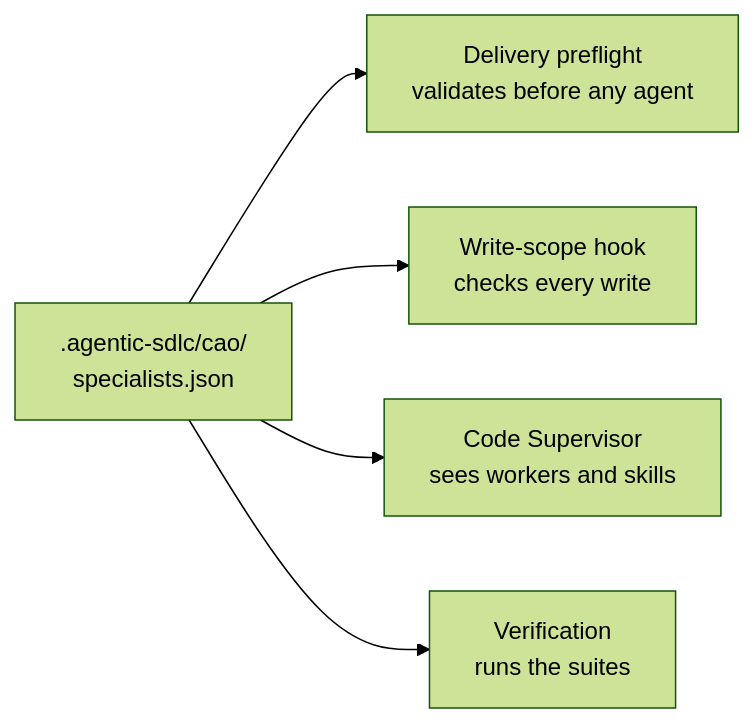
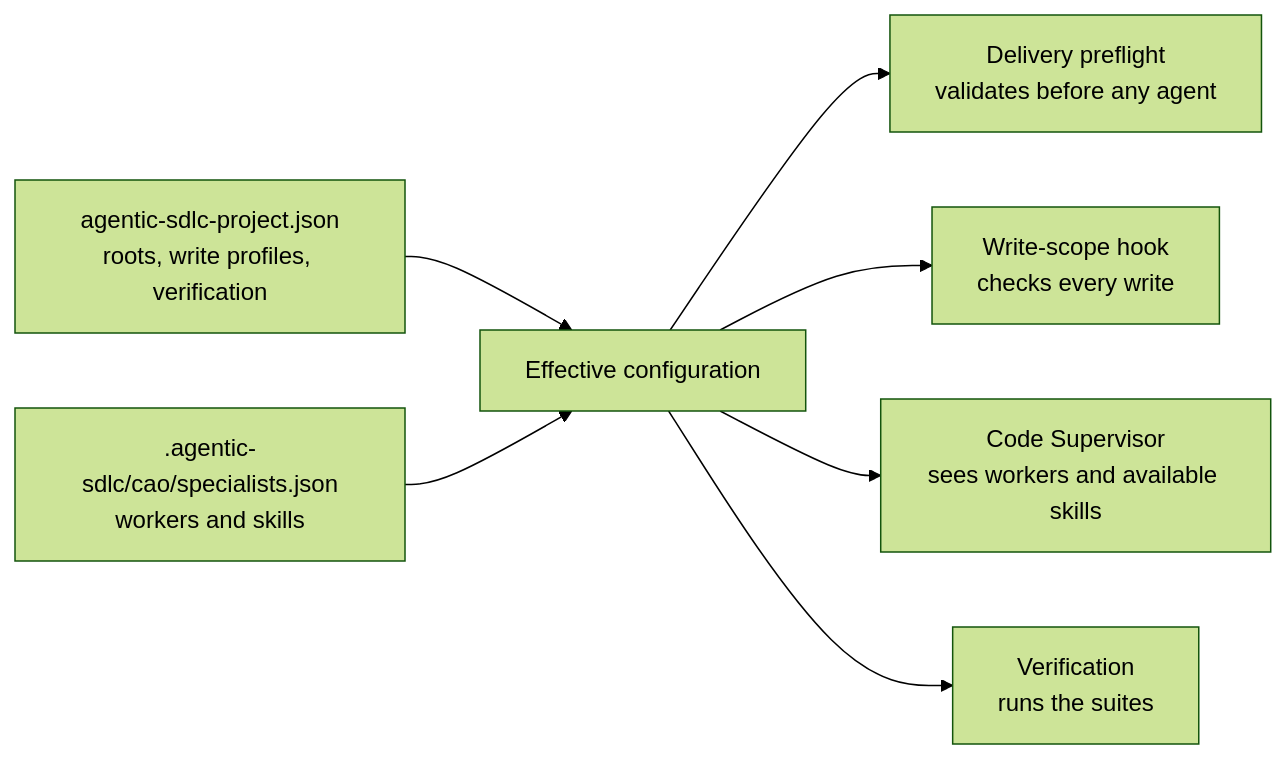
One commit to somr/awscao_agenticwflw changed the third of 3 diagrams in agentic-sdlc-docs/workflows/delivery.md. Above: the diagram before and after it, drawn with Mermaid (forest theme). The commit also changed other lines of this file and 16 other files, not shown here.

First line of the commit message:
Move per-project source roots, write profiles and verification to agentic-sdlc-project.json

````diff
--- a/agentic-sdlc-docs/workflows/delivery.md
+++ b/agentic-sdlc-docs/workflows/delivery.md
@@ -281,7 +283,9 @@
 ```mermaid
 flowchart LR
-    R[".agentic-sdlc/cao/<br/>specialists.json"] --> P["Delivery preflight<br/>validates before any agent"]
-    R --> H["Write-scope hook<br/>checks every write"]
-    R --> S["Code Supervisor<br/>sees workers and skills"]
-    R --> V["Verification<br/>runs the suites"]
+    PF["agentic-sdlc-project.json<br/>roots, write profiles, verification"] --> M["Effective configuration"]
+    R[".agentic-sdlc/cao/specialists.json<br/>workers and skills"] --> M
+    M --> P["Delivery preflight<br/>validates before any agent"]
+    M --> H["Write-scope hook<br/>checks every write"]
+    M --> S["Code Supervisor<br/>sees workers and available skills"]
+    M --> V["Verification<br/>runs the suites"]
 ```
````
